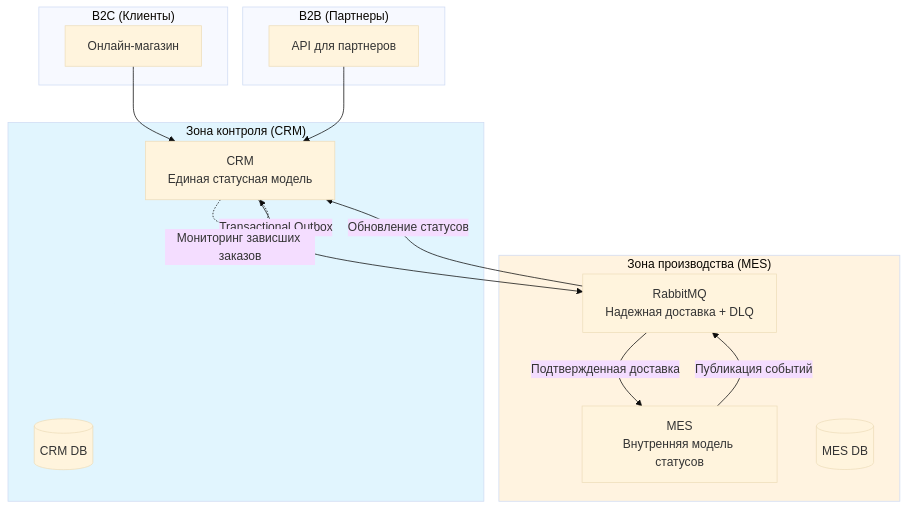
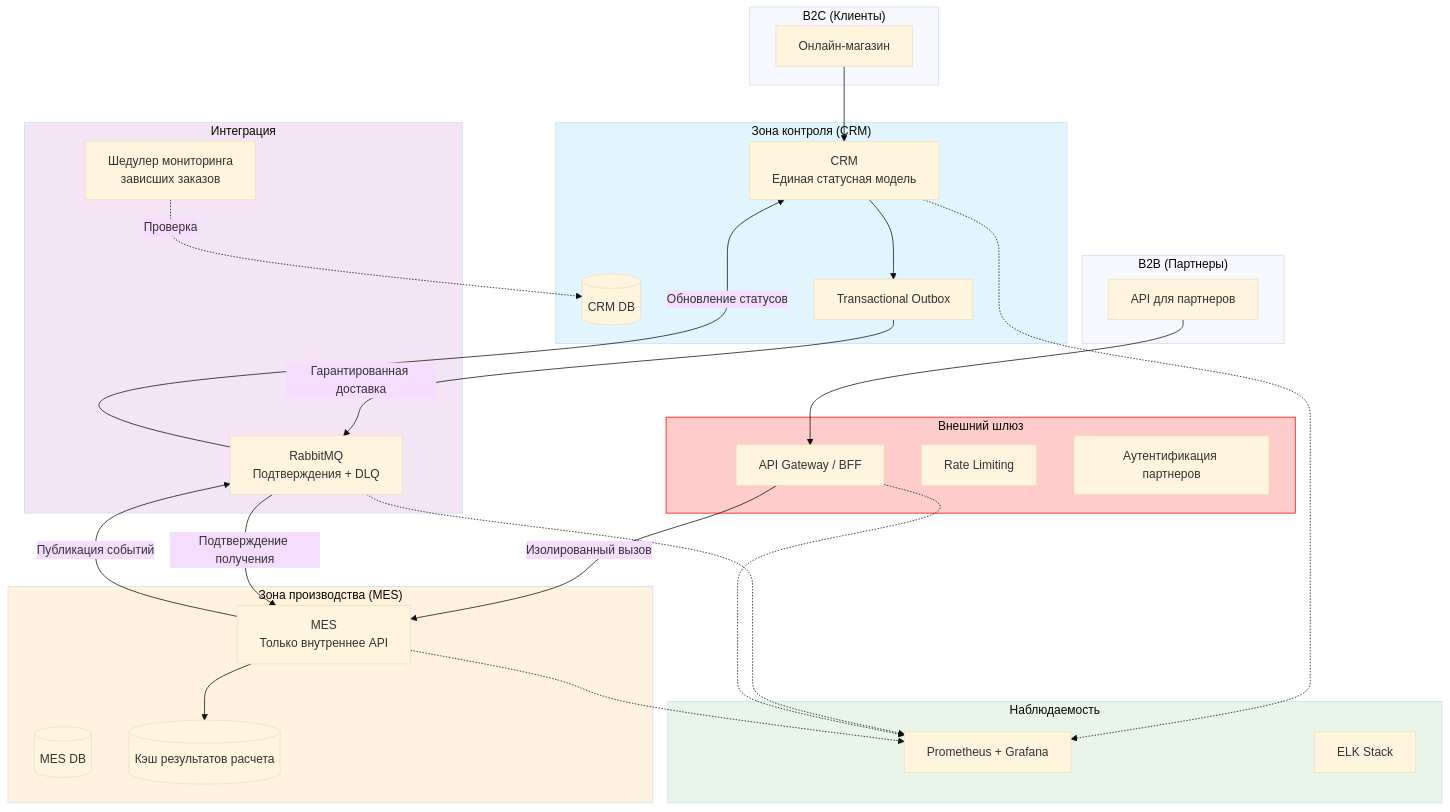
Before and after one commit to AlexeyPrutik/architecture-alexandrite: the diagram in Task1/Планирование_анализ, идентификация проблем и поиск решений.md, drawn with Mermaid (base theme). The commit also changed other lines of this file, not shown here.

Commit message:
Task 1 - устранены замечания ревьюера (первая итерация)

````diff
--- a/Task1/Планирование_анализ, идентификация проблем и поиск решений.md
+++ b/Task1/Планирование_анализ, идентификация проблем и поиск решений.md
@@ -57,35 +65,64 @@
 ```mermaid
 flowchart TD
     subgraph B2C ["B2C (Клиенты)"]
         OnlineShop[Онлайн-магазин]
     end
 
     subgraph B2B ["B2B (Партнеры)"]
         API[API для партнеров]
     end
 
     subgraph Control ["Зона контроля (CRM)"]
         CRM[CRM<br/>Единая статусная модель]
         CRM_DB[(CRM DB)]
+        Outbox[Transactional Outbox]
+    end
+
+    subgraph Gateway ["Внешний шлюз"]
+        APIGateway[API Gateway / BFF]
+        RateLimit[Rate Limiting]
+        Auth[Аутентификация партнеров]
+    end
+
+    subgraph Integration ["Интеграция"]
+        Queue[RabbitMQ<br/>Подтверждения + DLQ]
+        Monitor[Шедулер мониторинга<br/>зависших заказов]
     end
 
     subgraph Production ["Зона производства (MES)"]
-        MES[MES<br/>Внутренняя модель статусов]
+        MES[MES<br/>Только внутреннее API]
         MES_DB[(MES DB)]
-        Queue[RabbitMQ<br/>Надежная доставка + DLQ]
+        Cache[(Кэш результатов расчета)]
+    end
+
+    subgraph Observability ["Наблюдаемость"]
+        Metrics[Prometheus + Grafana]
+        Logs[ELK Stack]
     end
 
     OnlineShop --> CRM
-    API --> CRM
-    
-    CRM -->|Transactional Outbox| Queue
-    Queue -->|Подтвержденная доставка| MES
-    
+    API --> APIGateway
+    APIGateway -->|Изолированный вызов| MES
+
+    CRM --> Outbox
+    Outbox -->|Гарантированная доставка| Queue
+    Queue -->|Подтверждение получения| MES
+
     MES -->|Публикация событий| Queue
     Queue -->|Обновление статусов| CRM
-    
-    CRM -.->|Мониторинг зависших заказов| CRM
-    
+
+    Monitor -.->|Проверка| CRM_DB
+
+    MES --> Cache
+
+    CRM -.-> Metrics
+    MES -.-> Metrics
+    Queue -.-> Metrics
+    APIGateway -.-> Metrics
+
     style Control fill:#e1f5fe
+    style Gateway fill:#ffcccc,stroke:#ff0000
+    style Integration fill:#f3e5f5
     style Production fill:#fff3e0
+    style Observability fill:#e8f5e8
 ```
````
